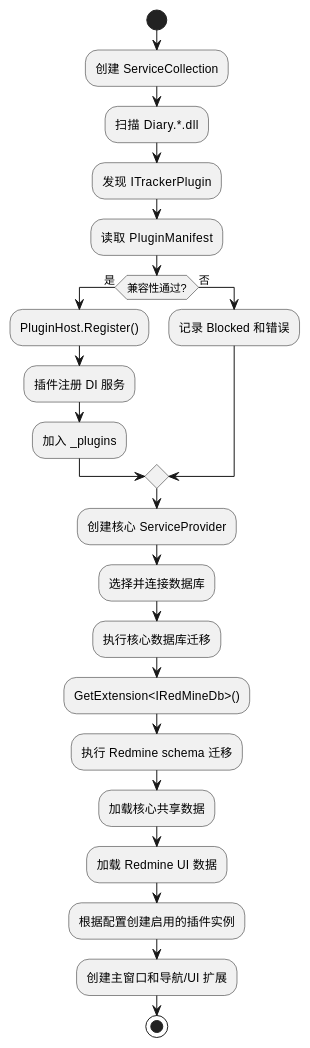
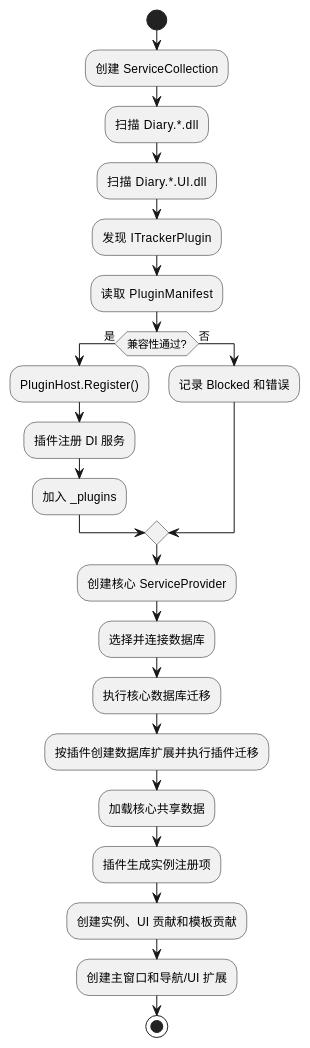
One commit to micro123/diary-app changed the second of 3 diagrams in Docs/CurrentArchitecture.md. Above: the diagram before and after it, drawn with PlantUML. The commit also changed other lines of this file and 4 other files, not shown here.

````diff
--- a/Docs/CurrentArchitecture.md
+++ b/Docs/CurrentArchitecture.md
@@ -92,26 +92,26 @@
 ```plantuml
 @startuml
 start
-:创建 ServiceCollection;
-:扫描 Diary.*.dll;
-:发现 ITrackerPlugin;
+ :创建 ServiceCollection;
+ :扫描 Diary.*.dll;
+ :扫描 Diary.*.UI.dll;
+ :发现 ITrackerPlugin;
 :读取 PluginManifest;
 if (兼容性通过?) then (是)
   :PluginHost.Register();
   :插件注册 DI 服务;
   :加入 _plugins;
 else (否)
   :记录 Blocked 和错误;
 endif
 :创建核心 ServiceProvider;
 :选择并连接数据库;
 :执行核心数据库迁移;
-:GetExtension<IRedMineDb>();
-:执行 Redmine schema 迁移;
+:按插件创建数据库扩展并执行插件迁移;
 :加载核心共享数据;
-:加载 Redmine UI 数据;
-:根据配置创建启用的插件实例;
+:插件生成实例注册项;
+:创建实例、UI 贡献和模板贡献;
 :创建主窗口和导航/UI 扩展;
 stop
 @enduml
 ```
````
